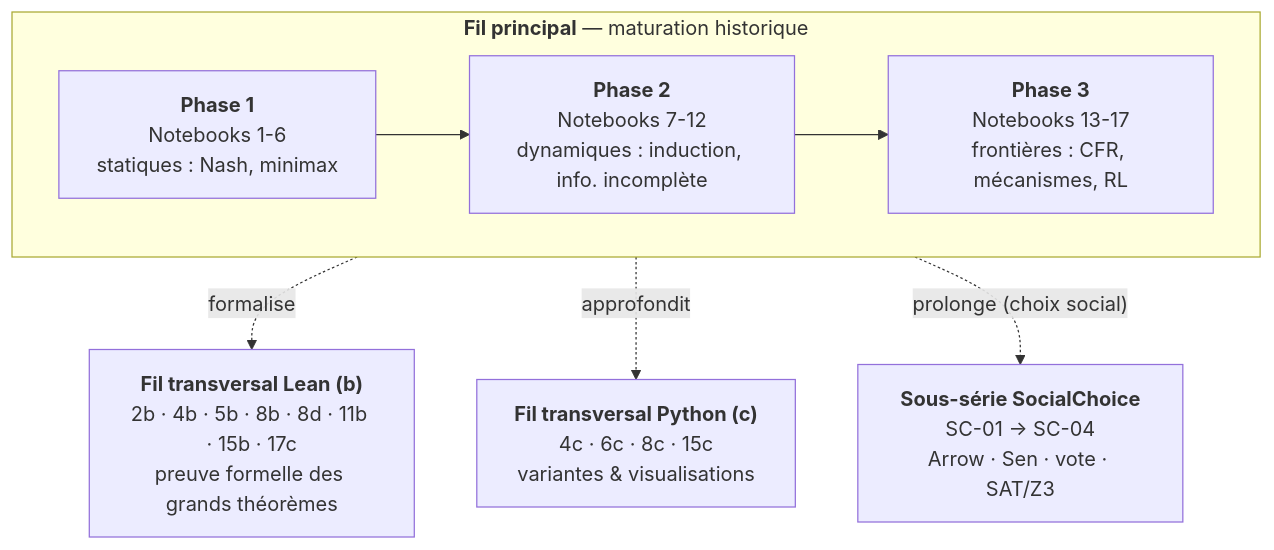
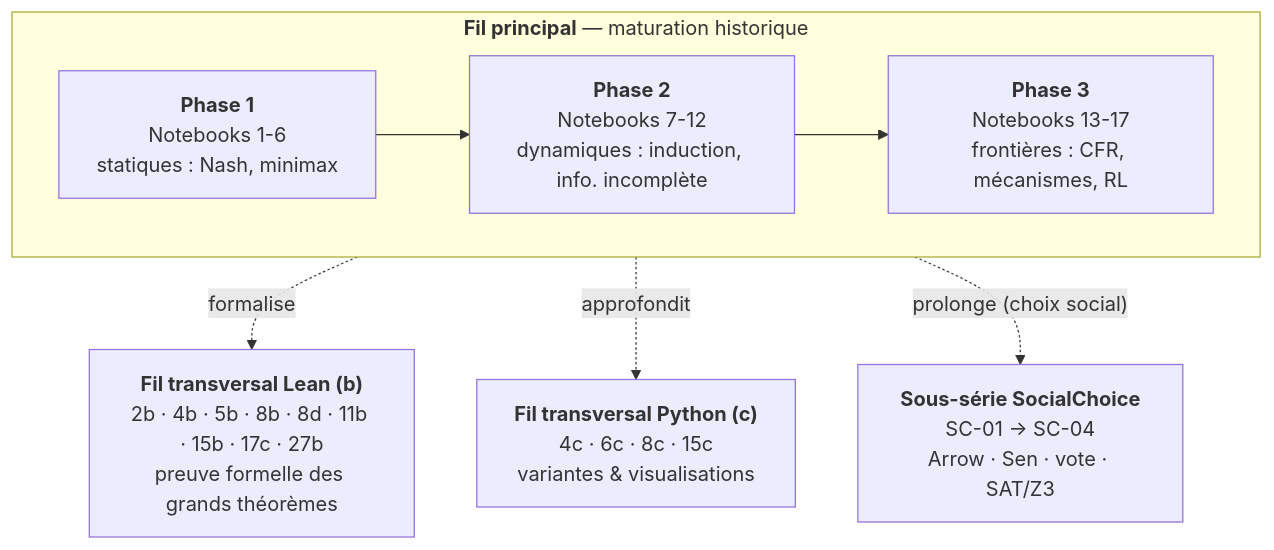
One commit to jsboige/CoursIA changed the first of 2 diagrams in MyIA.AI.Notebooks/GameTheory/README.md. Above: the diagram before and after it, drawn with Mermaid. The commit also changed other lines of this file and 2 other files, not shown here.

First line of the commit message:
feat(lean,#11703): GameTheory-27b native lean4-wsl companion for assignment_lean (#12911)

````diff
--- a/MyIA.AI.Notebooks/GameTheory/README.md
+++ b/MyIA.AI.Notebooks/GameTheory/README.md
@@ -190,16 +190,16 @@
 ```mermaid
 flowchart TD
     subgraph FIL["<b>Fil principal</b> — maturation historique"]
         direction LR
         P1["<b>Phase 1</b><br/>Notebooks 1-6<br/>statiques : Nash, minimax"]
         P2["<b>Phase 2</b><br/>Notebooks 7-12<br/>dynamiques : induction, info. incomplète"]
         P3["<b>Phase 3</b><br/>Notebooks 13-17<br/>frontières : CFR, mécanismes, RL"]
         P1 --> P2 --> P3
     end
-    LEAN["<b>Fil transversal Lean (b)</b><br/>2b · 4b · 5b · 8b · 8d · 11b · 15b · 17c<br/>preuve formelle des grands théorèmes"]
+    LEAN["<b>Fil transversal Lean (b)</b><br/>2b · 4b · 5b · 8b · 8d · 11b · 15b · 17c · 27b<br/>preuve formelle des grands théorèmes"]
     PYC["<b>Fil transversal Python (c)</b><br/>4c · 6c · 8c · 15c<br/>variantes &amp; visualisations"]
     SC["<b>Sous-série SocialChoice</b><br/>SC-01 → SC-04<br/>Arrow · Sen · vote · SAT/Z3"]
     FIL -.->|"formalise"| LEAN
     FIL -.->|"approfondit"| PYC
     FIL -.->|"prolonge (choix social)"| SC
 ```
````
